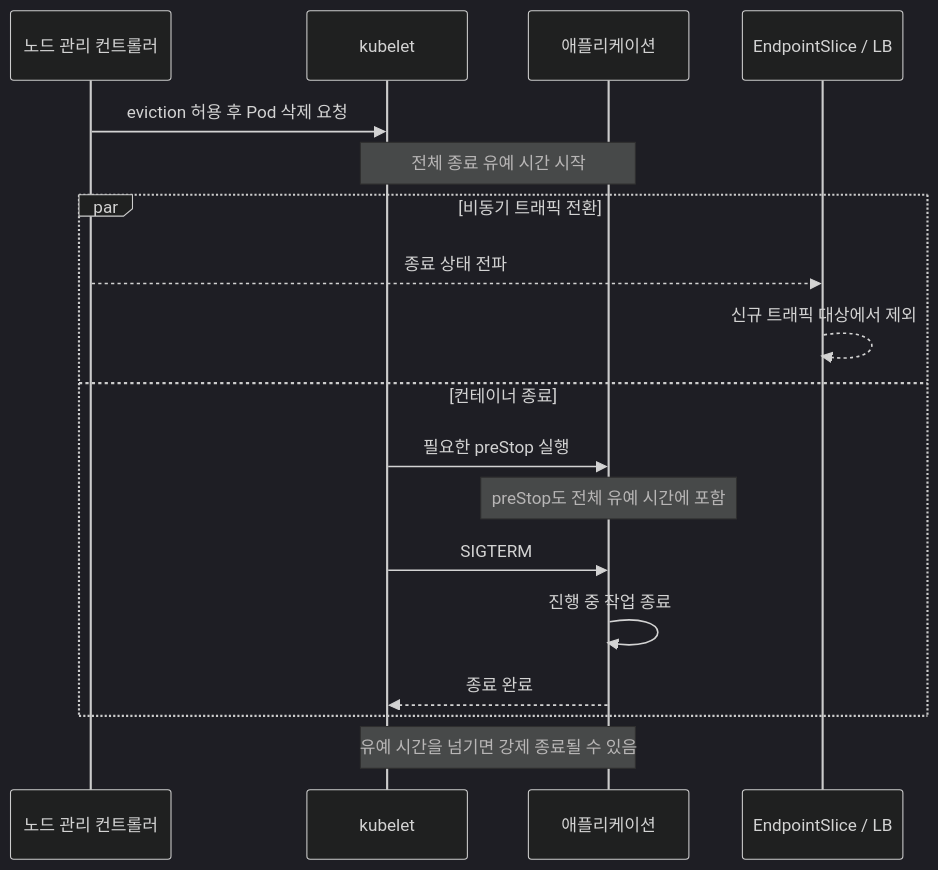
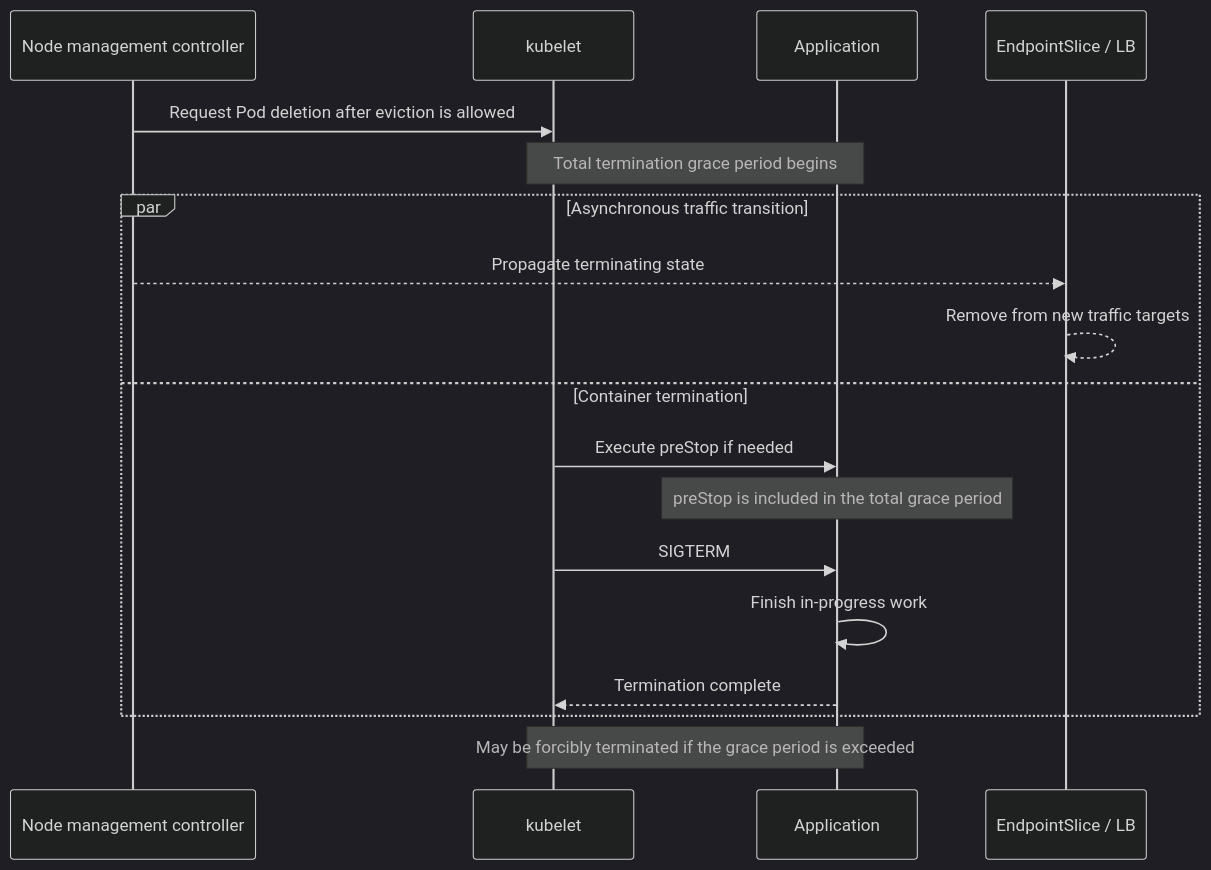
The diagram in docs/eks-best-practices/operations-reliability/pod-lifecycle/auto-mode-checklist.md (devfloor9/engineering-playbook), drawn with Mermaid (dark theme) before and after one commit. The commit also changed other lines of this file and 954 other files, not shown here.

````diff
--- a/docs/eks-best-practices/operations-reliability/pod-lifecycle/auto-mode-checklist.md
+++ b/docs/eks-best-practices/operations-reliability/pod-lifecycle/auto-mode-checklist.md
@@ -140,20 +140,20 @@
 ```mermaid
 sequenceDiagram
-    participant Controller as 노드 관리 컨트롤러
+    participant Controller as Node management controller
     participant Kubelet as kubelet
-    participant App as 애플리케이션
+    participant App as Application
     participant Traffic as EndpointSlice / LB
-    Controller->>Kubelet: eviction 허용 후 Pod 삭제 요청
-    Note over Kubelet,App: 전체 종료 유예 시간 시작
-    par 비동기 트래픽 전환
-      Controller-->>Traffic: 종료 상태 전파
-      Traffic-->>Traffic: 신규 트래픽 대상에서 제외
-    and 컨테이너 종료
-      Kubelet->>App: 필요한 preStop 실행
-      Note over App: preStop도 전체 유예 시간에 포함
+    Controller->>Kubelet: Request Pod deletion after eviction is allowed
+    Note over Kubelet,App: Total termination grace period begins
+    par Asynchronous traffic transition
+      Controller-->>Traffic: Propagate terminating state
+      Traffic-->>Traffic: Remove from new traffic targets
+    and Container termination
+      Kubelet->>App: Execute preStop if needed
+      Note over App: preStop is included in the total grace period
       Kubelet->>App: SIGTERM
-      App->>App: 진행 중 작업 종료
-      App-->>Kubelet: 종료 완료
+      App->>App: Finish in-progress work
+      App-->>Kubelet: Termination complete
     end
-    Note over Kubelet,App: 유예 시간을 넘기면 강제 종료될 수 있음
+    Note over Kubelet,App: May be forcibly terminated if the grace period is exceeded
 ```
````
